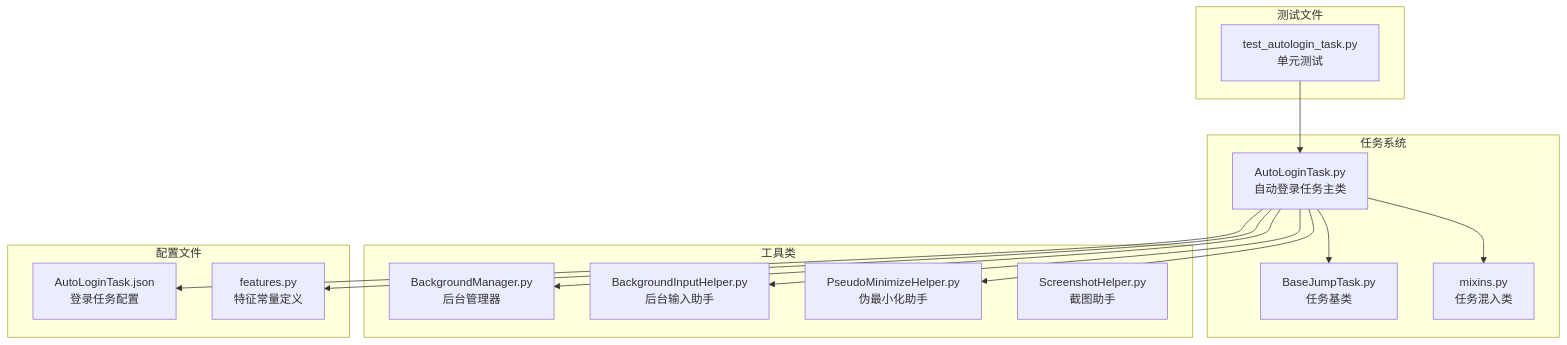
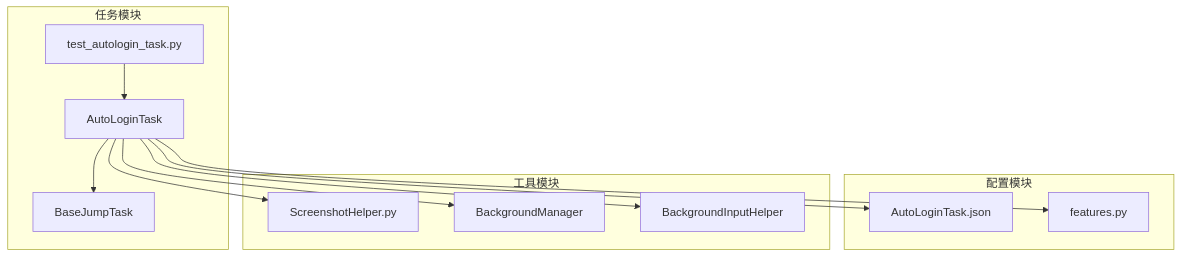
One commit to xsy098-max/ok-jump changed the first of 8 diagrams in .qoder/repowiki/zh/content/任务系统/自动登录任务.md. Above: the diagram before and after it, drawn with Mermaid. The commit also changed other lines of this file and 216 other files, not shown here.

````diff
--- a/.qoder/repowiki/zh/content/任务系统/自动登录任务.md
+++ b/.qoder/repowiki/zh/content/任务系统/自动登录任务.md
@@ -41,29 +31,24 @@
 ```mermaid
 graph TB
-subgraph "任务系统"
-AutoLoginTask[AutoLoginTask.py<br/>自动登录任务主类]
-BaseJumpTask[BaseJumpTask.py<br/>任务基类]
-mixins[mixins.py<br/>任务混入类]
+subgraph "任务模块"
+AutoLoginTask[AutoLoginTask]
+BaseJumpTask[BaseJumpTask]
+TestAutoLoginTask[test_autologin_task.py]
 end
-subgraph "工具类"
-BackgroundManager[BackgroundManager.py<br/>后台管理器]
-BackgroundInputHelper[BackgroundInputHelper.py<br/>后台输入助手]
-PseudoMinimizeHelper[PseudoMinimizeHelper.py<br/>伪最小化助手]
-ScreenshotHelper[ScreenshotHelper.py<br/>截图助手]
+subgraph "配置模块"
+AutoLoginConfig[AutoLoginTask.json]
+Features[features.py]
 end
-subgraph "配置文件"
-Config[AutoLoginTask.json<br/>登录任务配置]
-Features[features.py<br/>特征常量定义]
-end
-subgraph "测试文件"
-Test[test_autologin_task.py<br/>单元测试]
+subgraph "工具模块"
+ScreenshotHelper[ScreenshotHelper.py]
+BackgroundManager[BackgroundManager]
+BackgroundInputHelper[BackgroundInputHelper]
 end
 AutoLoginTask --> BaseJumpTask
-AutoLoginTask --> mixins
+AutoLoginTask --> AutoLoginConfig
+AutoLoginTask --> Features
+AutoLoginTask --> ScreenshotHelper
 AutoLoginTask --> BackgroundManager
 AutoLoginTask --> BackgroundInputHelper
-AutoLoginTask --> PseudoMinimizeHelper
-AutoLoginTask --> Features
-AutoLoginTask --> Config
-Test --> AutoLoginTask
+TestAutoLoginTask --> AutoLoginTask
 ```
````
